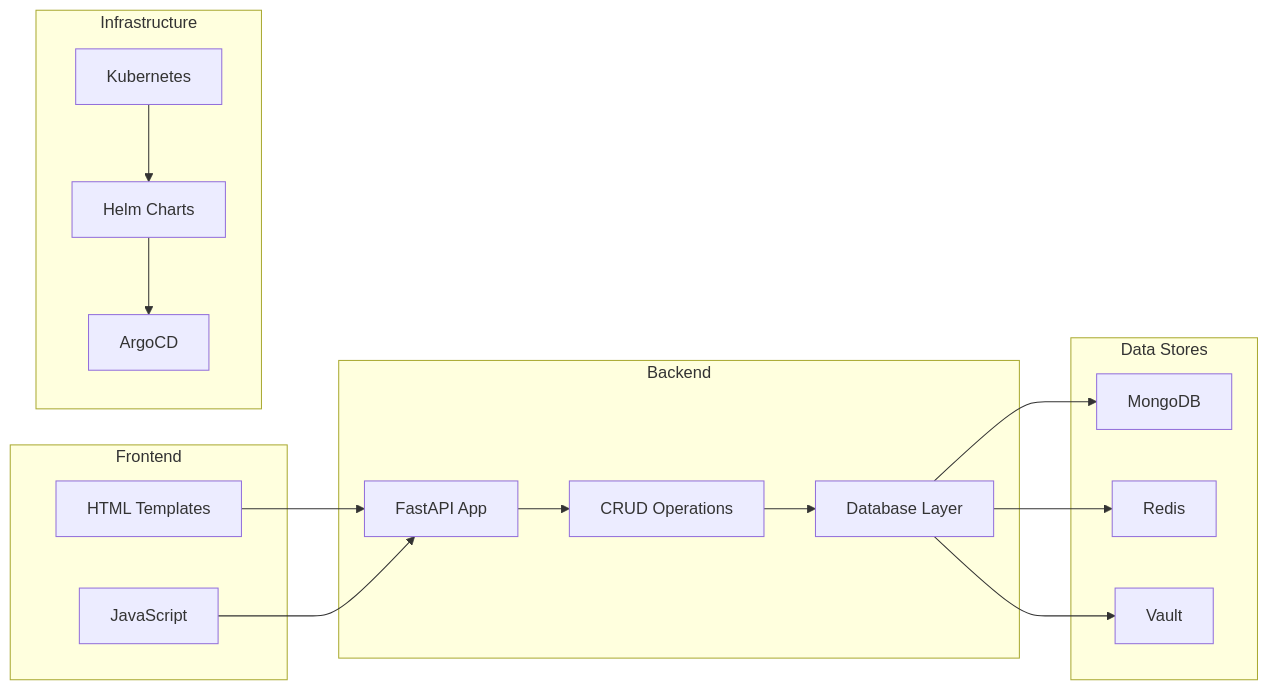
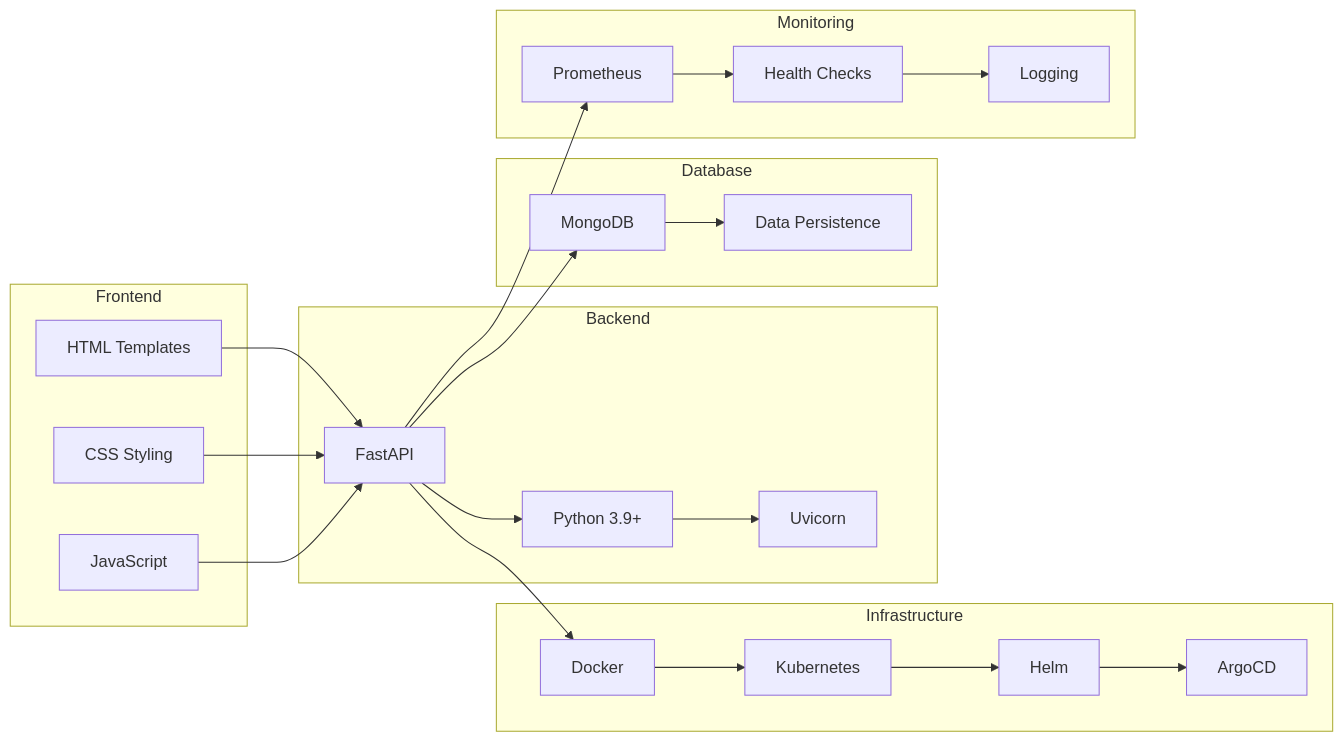
The third of 5 diagrams in README.md (bonaventuresimeon/NativeSeries), drawn with Mermaid before and after one commit. The commit also changed other lines of this file and 7 other files, not shown here.

Commit message:
Update README with comprehensive deployment and architecture details

````diff
--- a/README.md
+++ b/README.md
@@ -303,35 +151,47 @@
 ```mermaid
 graph LR
     subgraph "Frontend"
         A[HTML Templates]
-        B[JavaScript]
+        B[CSS Styling]
+        C[JavaScript]
     end
     
     subgraph "Backend"
-        C[FastAPI App]
-        D[CRUD Operations]
-        E[Database Layer]
+        D[FastAPI]
+        E[Python 3.9+]
+        F[Uvicorn]
+    end
+    
+    subgraph "Database"
+        G[MongoDB]
+        H[Data Persistence]
     end
     
     subgraph "Infrastructure"
-        F[Kubernetes]
-        G[Helm Charts]
-        H[ArgoCD]
+        I[Docker]
+        J[Kubernetes]
+        K[Helm]
+        L[ArgoCD]
     end
     
-    subgraph "Data Stores"
-        I[MongoDB]
-        J[Redis]
-        K[Vault]
+    subgraph "Monitoring"
+        M[Prometheus]
+        N[Health Checks]
+        O[Logging]
     end
     
-    A --> C
-    B --> C
+    A --> D
+    B --> D
     C --> D
     D --> E
-    E --> I
-    E --> J
-    E --> K
-    F --> G
+    E --> F
+    D --> G
     G --> H
+    D --> I
+    I --> J
+    J --> K
+    K --> L
+    D --> M
+    M --> N
+    N --> O
 ```
````
